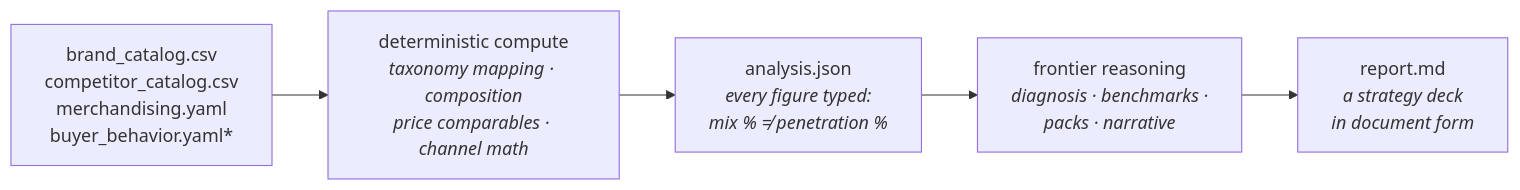
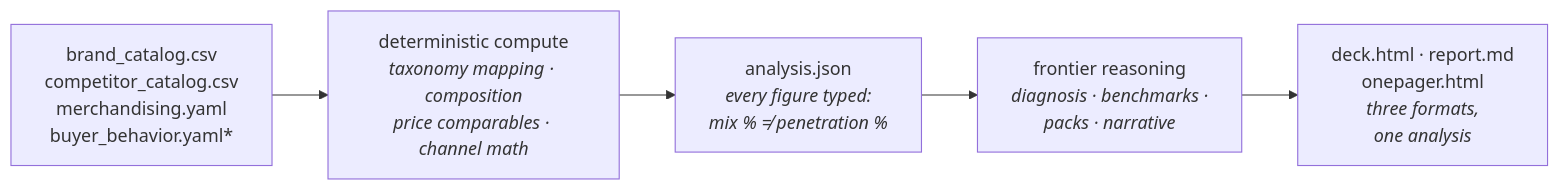
One commit to hratterman/Whitespace changed the diagram in README.md. Above: the diagram before and after it, drawn with Mermaid. The commit also changed other lines of this file and 23 other files, not shown here.

````diff
--- a/README.md
+++ b/README.md
@@ -51,7 +88,7 @@
 ```mermaid
 flowchart LR
     A["brand_catalog.csv<br/>competitor_catalog.csv<br/>merchandising.yaml<br/>buyer_behavior.yaml*"] --> B["deterministic compute<br/><i>taxonomy mapping · composition<br/>price comparables · channel math</i>"]
     B --> C["analysis.json<br/><i>every figure typed:<br/>mix % ≠ penetration %</i>"]
     C --> D["frontier reasoning<br/><i>diagnosis · benchmarks ·<br/>packs · narrative</i>"]
-    D --> E["report.md<br/><i>a strategy deck<br/>in document form</i>"]
+    D --> E["deck.html · report.md<br/>onepager.html<br/><i>three formats,<br/>one analysis</i>"]
 ```
````
